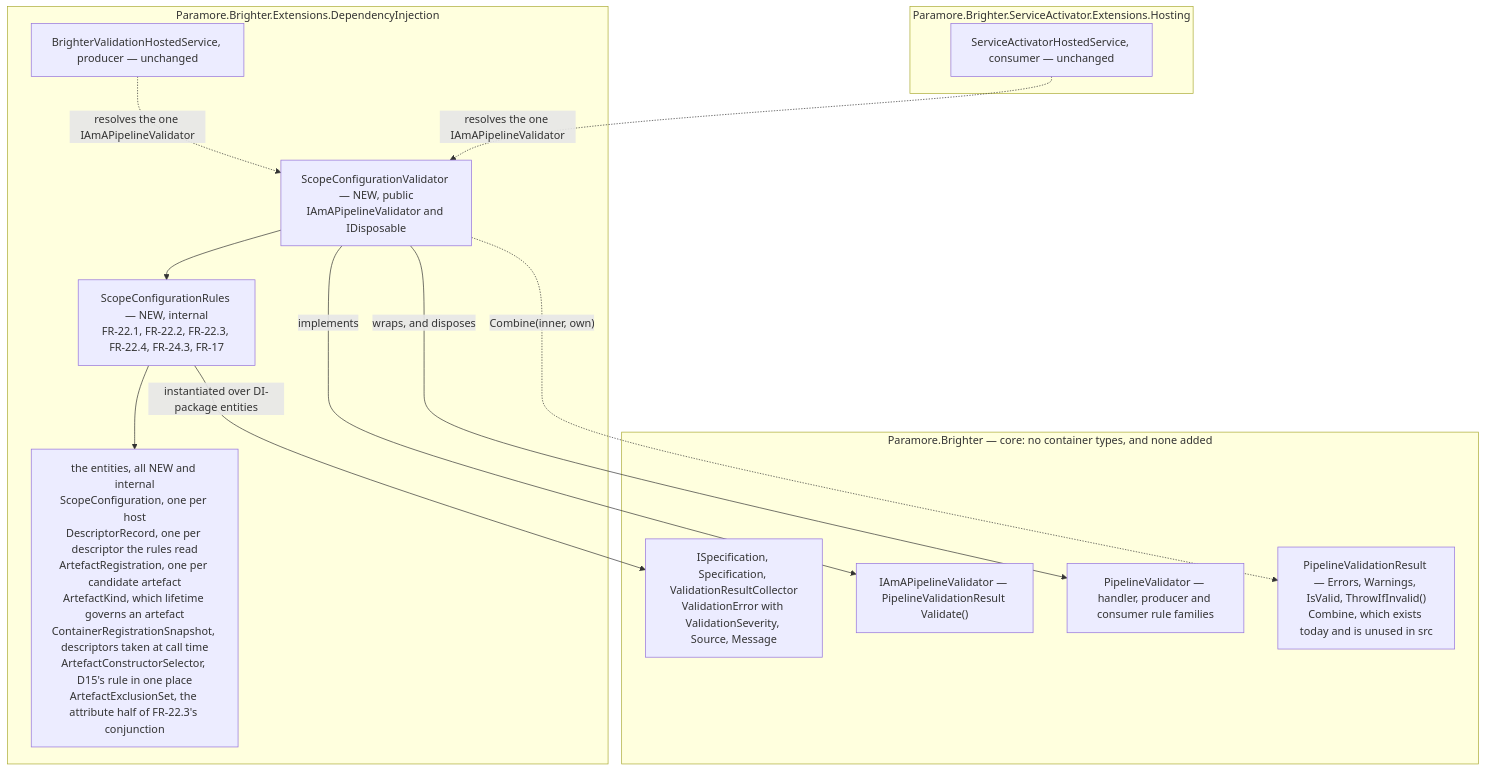
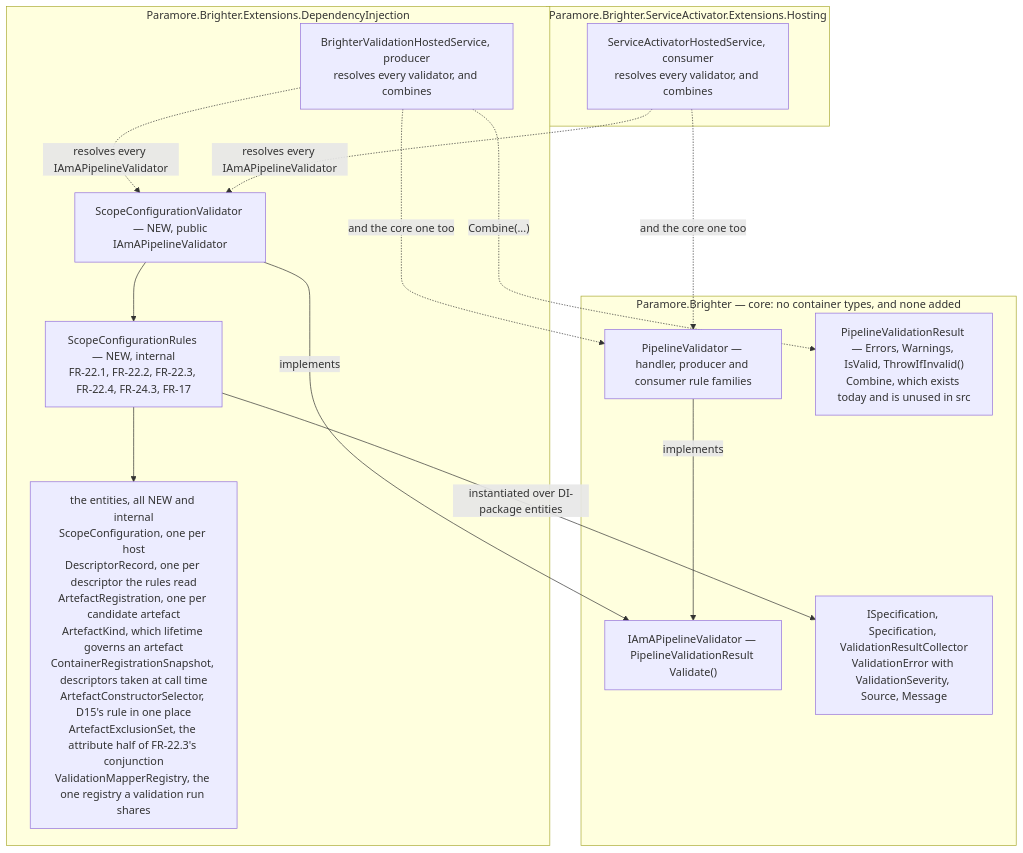
Before and after one commit to BrighterCommand/Brighter: the second of 2 diagrams in docs/adr/0074-lifetime-validation-evaluation-site.md, drawn with Mermaid. The commit also changed other lines of this file and 2 other files, not shown here.

First line of the commit message:
docs: ADRs 0074 + 0070 — readability item S5 (owner call, bucket S)

````diff
--- a/docs/adr/0074-lifetime-validation-evaluation-site.md
+++ b/docs/adr/0074-lifetime-validation-evaluation-site.md
@@ -134,29 +136,31 @@
 ```mermaid
 flowchart TB
     subgraph core["Paramore.Brighter — core: no container types, and none added"]
         iface["IAmAPipelineValidator — PipelineValidationResult Validate()"]
         pv["PipelineValidator — handler, producer and consumer rule families"]
         result["PipelineValidationResult — Errors, Warnings, IsValid, ThrowIfInvalid()<br/>Combine, which exists today and is unused in src"]
         specs["ISpecification, Specification, ValidationResultCollector<br/>ValidationError with ValidationSeverity, Source, Message"]
     end
 
     subgraph di["Paramore.Brighter.Extensions.DependencyInjection"]
-        dec["ScopeConfigurationValidator — NEW, public<br/>IAmAPipelineValidator and IDisposable"]
+        dec["ScopeConfigurationValidator — NEW, public<br/>IAmAPipelineValidator"]
         rules["ScopeConfigurationRules — NEW, internal<br/>FR-22.1, FR-22.2, FR-22.3, FR-22.4, FR-24.3, FR-17"]
-        h1["BrighterValidationHostedService, producer — unchanged"]
-        ents["the entities, all NEW and internal<br/>ScopeConfiguration, one per host<br/>DescriptorRecord, one per descriptor the rules read<br/>ArtefactRegistration, one per candidate artefact<br/>ArtefactKind, which lifetime governs an artefact<br/>ContainerRegistrationSnapshot, descriptors taken at call time<br/>ArtefactConstructorSelector, D15's rule in one place<br/>ArtefactExclusionSet, the attribute half of FR-22.3's conjunction"]
+        h1["BrighterValidationHostedService, producer<br/>resolves every validator, and combines"]
+        ents["the entities, all NEW and internal<br/>ScopeConfiguration, one per host<br/>DescriptorRecord, one per descriptor the rules read<br/>ArtefactRegistration, one per candidate artefact<br/>ArtefactKind, which lifetime governs an artefact<br/>ContainerRegistrationSnapshot, descriptors taken at call time<br/>ArtefactConstructorSelector, D15's rule in one place<br/>ArtefactExclusionSet, the attribute half of FR-22.3's conjunction<br/>ValidationMapperRegistry, the one registry a validation run shares"]
         dec --> rules
         rules --> ents
     end
 
     subgraph hosting["Paramore.Brighter.ServiceActivator.Extensions.Hosting"]
-        h2["ServiceActivatorHostedService, consumer — unchanged"]
+        h2["ServiceActivatorHostedService, consumer<br/>resolves every validator, and combines"]
     end
 
     dec -- "implements" --> iface
-    dec -- "wraps, and disposes" --> pv
-    dec -. "Combine(inner, own)" .-> result
+    pv -- "implements" --> iface
     rules -- "instantiated over DI-package entities" --> specs
-    h1 -. "resolves the one IAmAPipelineValidator" .-> dec
-    h2 -. "resolves the one IAmAPipelineValidator" .-> dec
+    h1 -. "resolves every IAmAPipelineValidator" .-> dec
+    h1 -. "and the core one too" .-> pv
+    h1 -. "Combine(...)" .-> result
+    h2 -. "resolves every IAmAPipelineValidator" .-> dec
+    h2 -. "and the core one too" .-> pv
 ```
````
